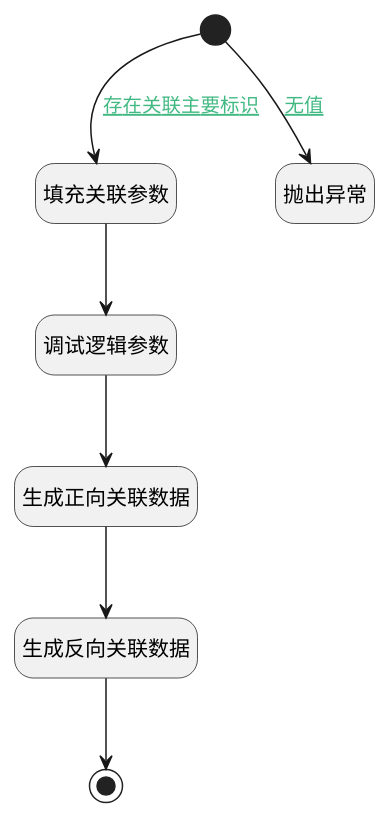
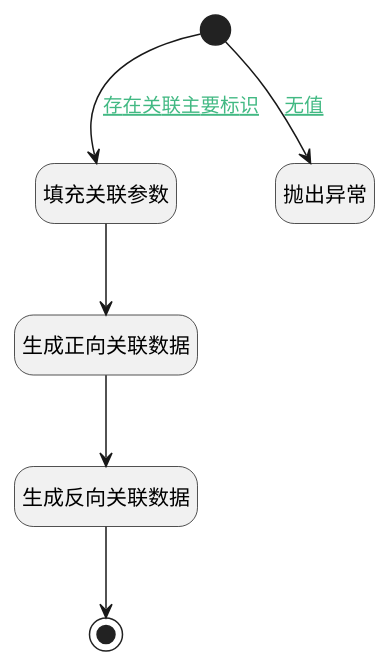
The diagram in doc/docsify/module/ProjMgmt/project/logic/other_re_project.md (iBizLab/plm), drawn with PlantUML before and after one commit. The commit also changed other lines of this file and 1473 other files, not shown here.

````diff
--- a/doc/docsify/module/ProjMgmt/project/logic/other_re_project.md
+++ b/doc/docsify/module/ProjMgmt/project/logic/other_re_project.md
@@ -7,29 +7,27 @@
 ```plantuml
 @startuml
 hide empty description
 <style>
 root {
   HyperlinkColor #42b983
 }
 </style>
 
 hide empty description
 state "开始" as Begin <<start>> [[$./other_re_project#begin {"开始"}]]
 state "填充关联参数" as PREPAREPARAM1  [[$./other_re_project#prepareparam1 {"填充关联参数"}]]
 state "生成反向关联数据" as DEACTION2  [[$./other_re_project#deaction2 {"生成反向关联数据"}]]
-state "调试逻辑参数" as DEBUGPARAM1  [[$./other_re_project#debugparam1 {"调试逻辑参数"}]]
 state "生成正向关联数据" as DEACTION1  [[$./other_re_project#deaction1 {"生成正向关联数据"}]]
 state "抛出异常" as THROWEXCEPTION1  [[$./other_re_project#throwexception1 {"抛出异常"}]]
 state "结束" as END1 <<end>> [[$./other_re_project#end1 {"结束"}]]
 
 
 Begin --> PREPAREPARAM1 : [[$./other_re_project#begin-prepareparam1{存在关联主要标识} 存在关联主要标识]]
-PREPAREPARAM1 --> DEBUGPARAM1
-DEBUGPARAM1 --> DEACTION1
+PREPAREPARAM1 --> DEACTION1
 DEACTION1 --> DEACTION2
 DEACTION2 --> END1
 Begin --> THROWEXCEPTION1 : [[$./other_re_project#begin-throwexception1{无值} 无值]]
 
 
 @enduml
 ```
````
